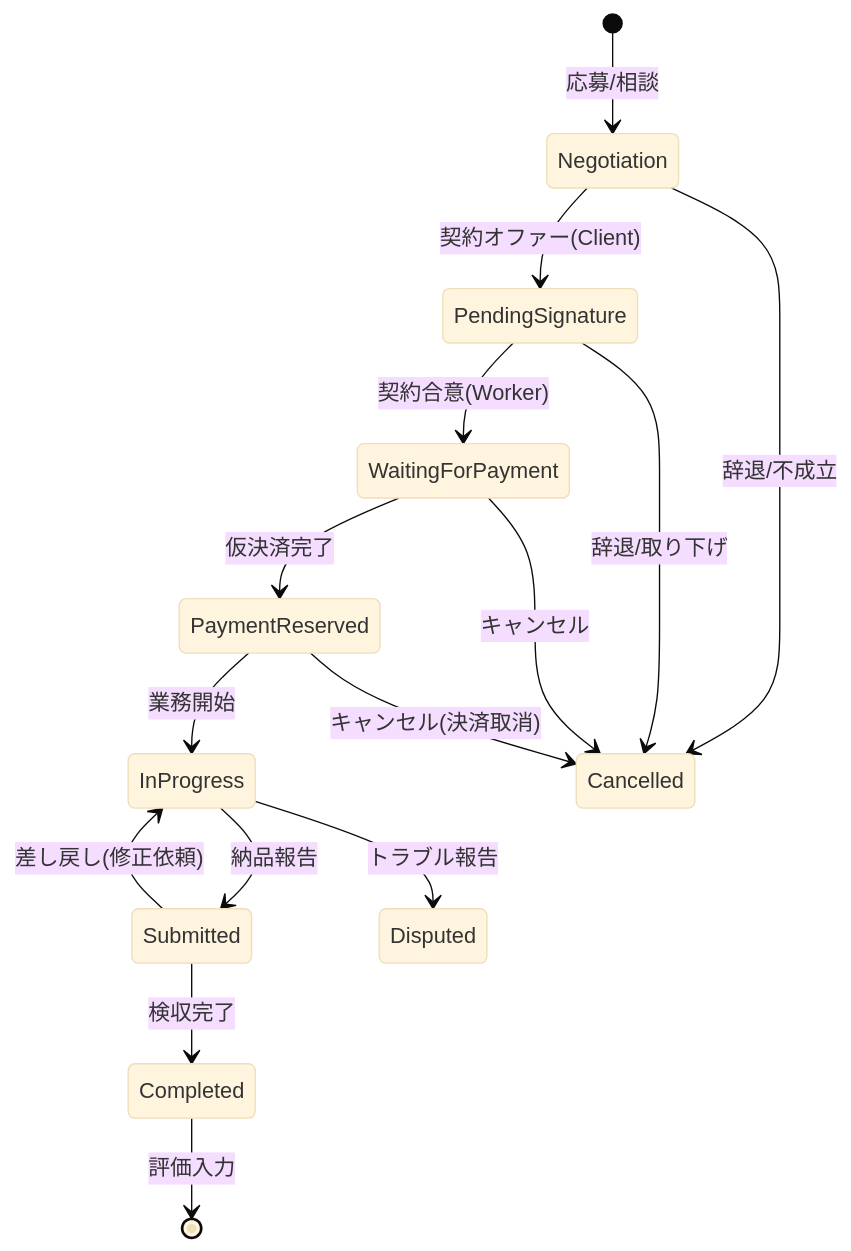
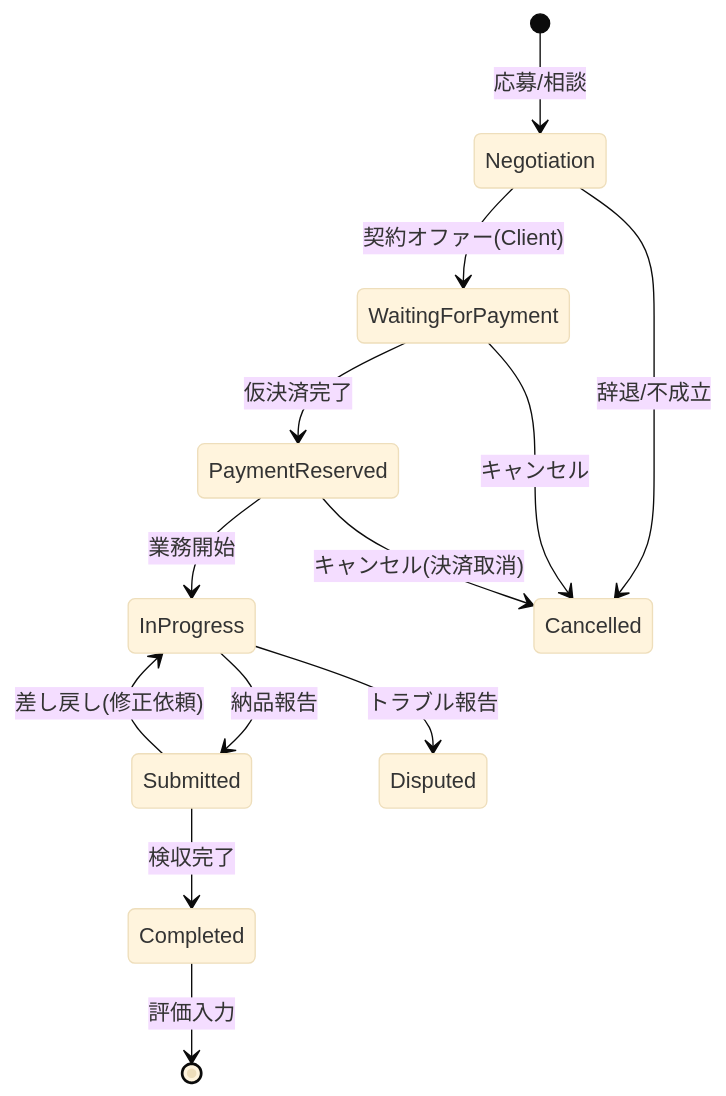
Before and after one commit to yamazarukyoto/projectmarkethub: the diagram in ★sekkei.md, drawn with Mermaid (base theme). The commit also changed other lines of this file and 10789 other files, not shown here.

````diff
--- a/★sekkei.md
+++ b/★sekkei.md
@@ -154,18 +155,16 @@
 ```mermaid
 stateDiagram-v2
     [*] --> Negotiation: 応募/相談
-    Negotiation --> PendingSignature: 契約オファー(Client)
-    PendingSignature --> WaitingForPayment: 契約合意(Worker)
+    Negotiation --> WaitingForPayment: 契約オファー(Client)
     WaitingForPayment --> PaymentReserved: 仮決済完了
     PaymentReserved --> InProgress: 業務開始
     InProgress --> Submitted: 納品報告
     Submitted --> InProgress: 差し戻し(修正依頼)
     Submitted --> Completed: 検収完了
     Completed --> [*]: 評価入力
     
     Negotiation --> Cancelled: 辞退/不成立
-    PendingSignature --> Cancelled: 辞退/取り下げ
     WaitingForPayment --> Cancelled: キャンセル
     PaymentReserved --> Cancelled: キャンセル(決済取消)
     InProgress --> Disputed: トラブル報告
 ```
````
